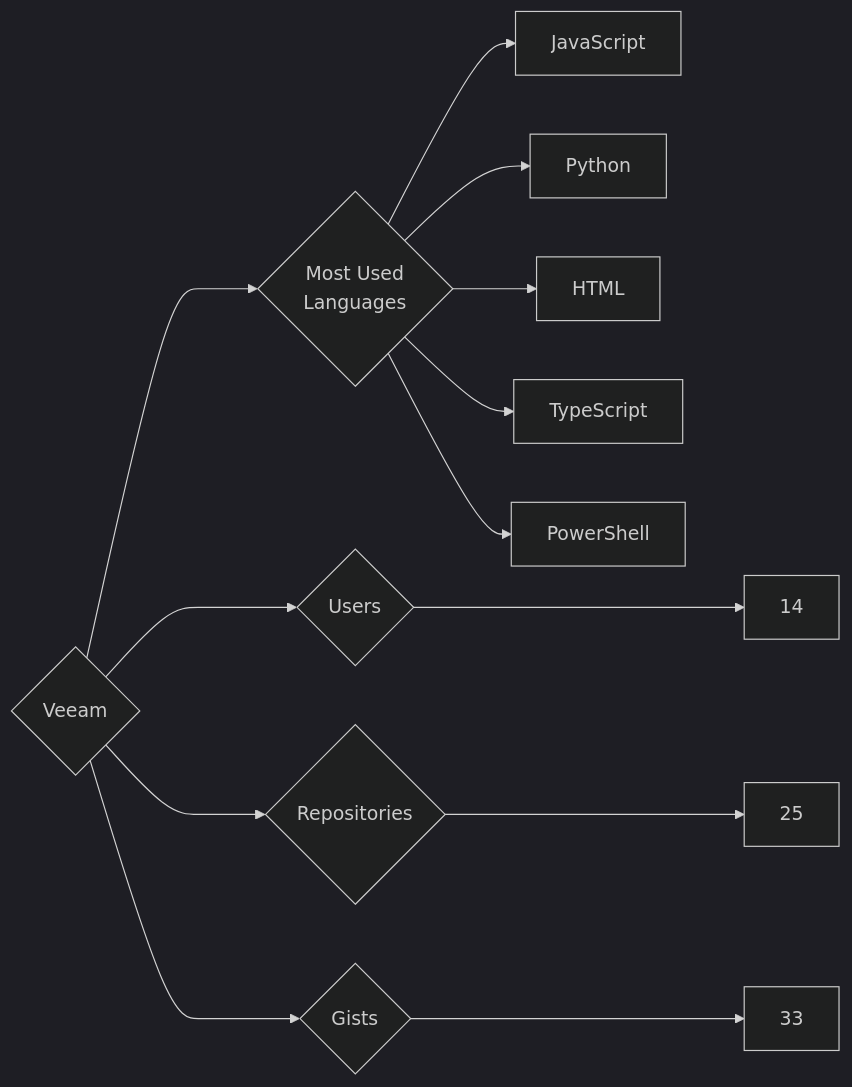
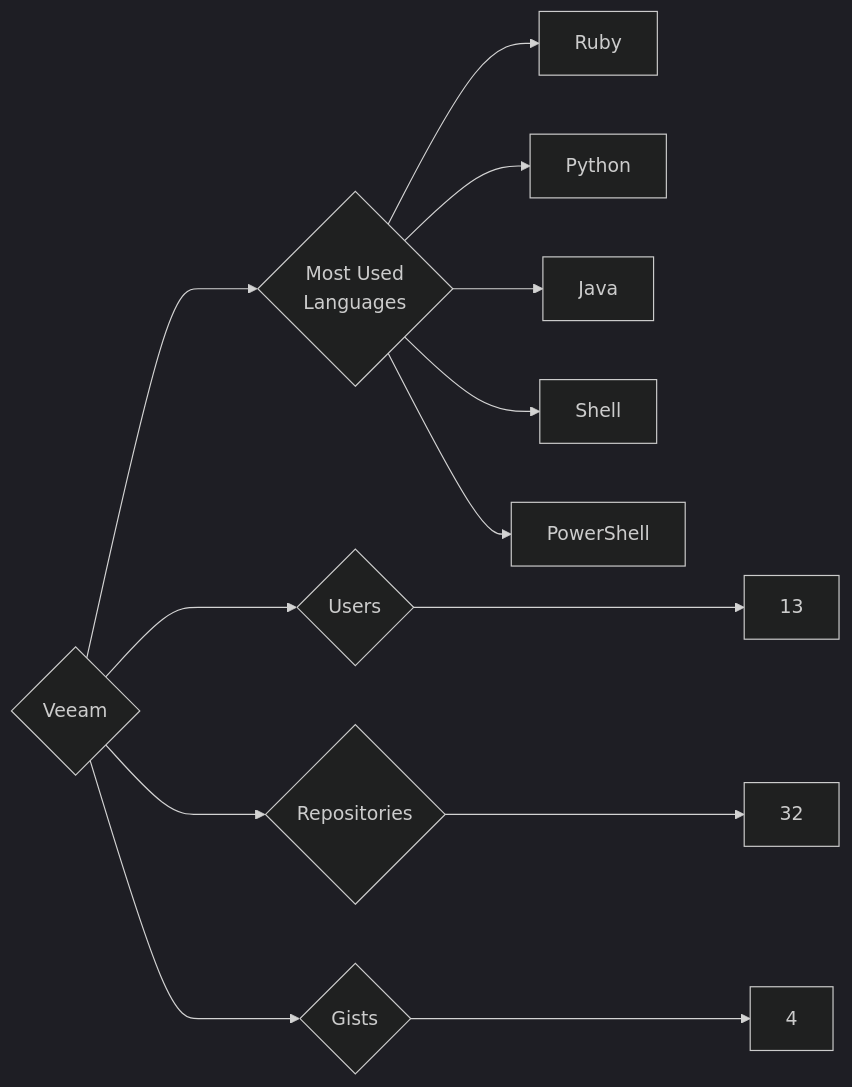
One commit to trickest/insiders changed the diagram in targets/Veeam/README.md. Above: the diagram before and after it, drawn with Mermaid (dark theme). The commit also changed 953 other files, not shown here.

````diff
--- a/targets/Veeam/README.md
+++ b/targets/Veeam/README.md
@@ -3,13 +3,13 @@
 ```mermaid
 graph LR
 COMPANY_NAME{Veeam}
-COMPANY_NAME ---> U{Users} ---> UN[14]
-COMPANY_NAME ---> R{Repositories} ---> RN[25]
-COMPANY_NAME ---> G{Gists} ---> GN[33]
+COMPANY_NAME ---> U{Users} ---> UN[13]
+COMPANY_NAME ---> R{Repositories} ---> RN[32]
+COMPANY_NAME ---> G{Gists} ---> GN[4]
 COMPANY_NAME ---> ML{Most Used<br>Languages}
-ML --> JavaScript[JavaScript]
+ML --> Ruby[Ruby]
 ML --> Python[Python]
-ML --> HTML[HTML]
-ML --> TypeScript[TypeScript]
+ML --> Java[Java]
+ML --> Shell[Shell]
 ML --> PowerShell[PowerShell]
 ```
````
